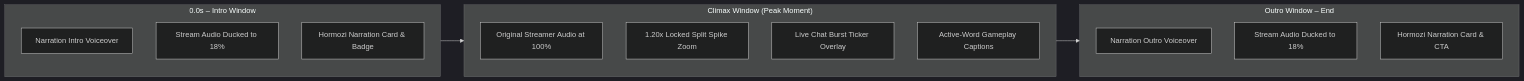
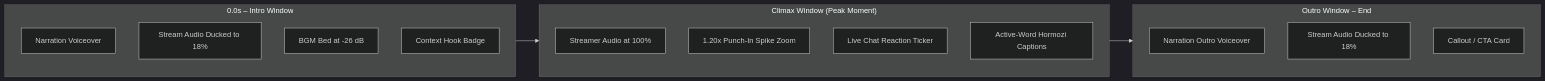
Before and after one commit to PrakashD2003/Clipper: the third of 4 diagrams in README.md, drawn with Mermaid (dark theme). The commit also changed other lines of this file, not shown here.

Commit message:
docs: update README with v4 dual-channel profiles, topic videos, BGM/SFX suite, and MCP operator guide

````diff
--- a/README.md
+++ b/README.md
@@ -147,23 +154,24 @@
 ```mermaid
 flowchart LR
-    subgraph IntroPhase ["0.0s &ndash; Intro Window"]
-        I1["Narration Intro Voiceover"]
+    subgraph IntroWindow ["0.0s &ndash; Intro Window"]
+        I1["Narration Voiceover"]
         I2["Stream Audio Ducked to 18%"]
-        I3["Hormozi Narration Card & Badge"]
+        I3["BGM Bed at -26 dB"]
+        I4["Context Hook Badge"]
     end
 
-    subgraph ClimaxPhase ["Climax Window (Peak Moment)"]
-        C1["Original Streamer Audio at 100%"]
-        C2["1.20x Locked Split Spike Zoom"]
-        C3["Live Chat Burst Ticker Overlay"]
-        C4["Active-Word Gameplay Captions"]
+    subgraph ClimaxWindow ["Climax Window (Peak Moment)"]
+        C1["Streamer Audio at 100%"]
+        C2["1.20x Punch-In Spike Zoom"]
+        C3["Live Chat Reaction Ticker"]
+        C4["Active-Word Hormozi Captions"]
     end
 
-    subgraph OutroPhase ["Outro Window &ndash; End"]
+    subgraph OutroWindow ["Outro Window &ndash; End"]
         O1["Narration Outro Voiceover"]
         O2["Stream Audio Ducked to 18%"]
-        O3["Hormozi Narration Card & CTA"]
+        O3["Callout / CTA Card"]
     end
 
-    IntroPhase --> ClimaxPhase --> OutroPhase
+    IntroWindow --> ClimaxWindow --> OutroWindow
 ```
````
